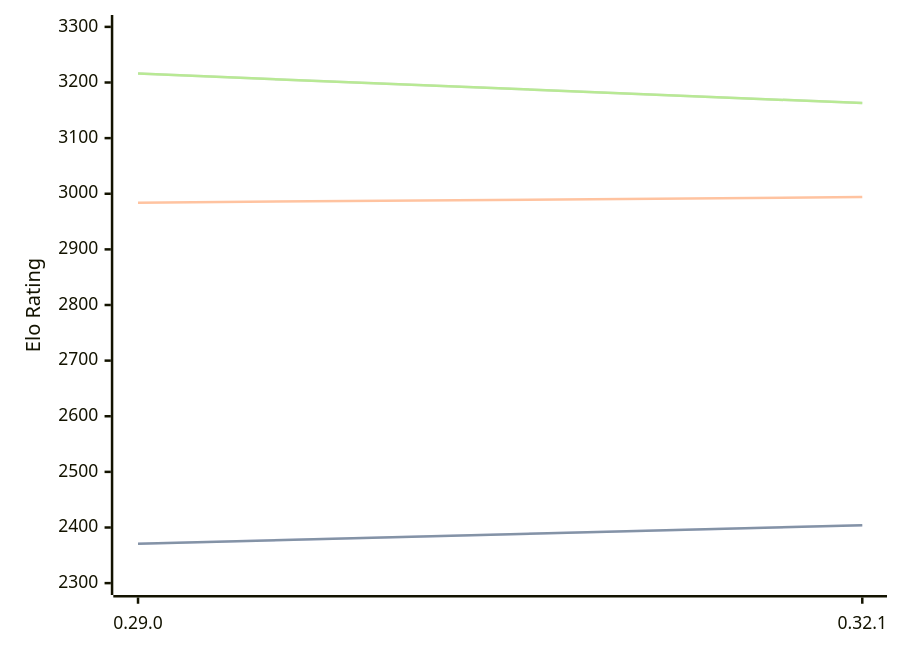
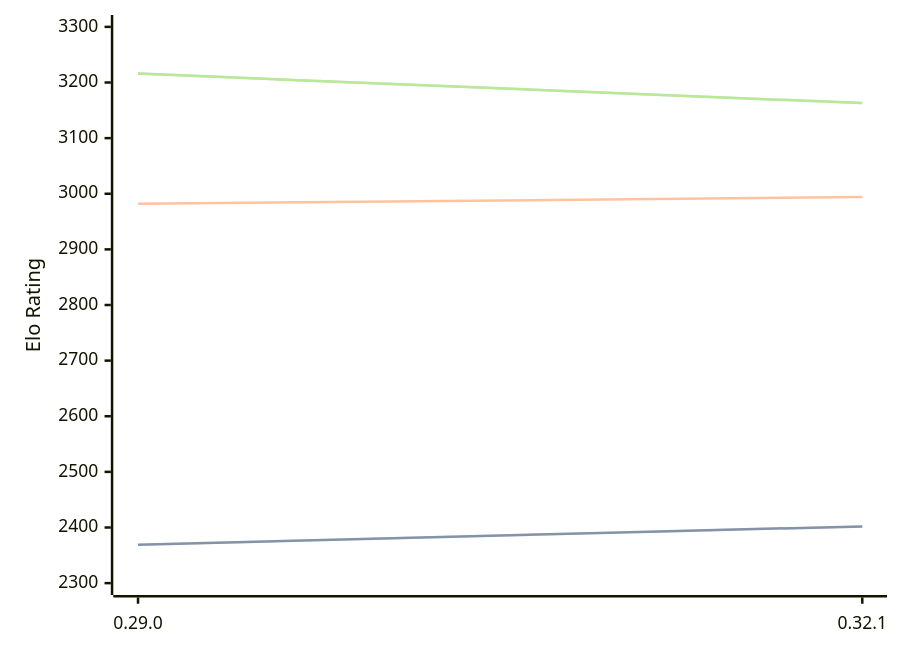
Before and after one commit to computer-chess-index/cci: the first of 3 diagrams in engines/Lc0.md, drawn with Mermaid. The commit also changed other lines of this file, not shown here.

````diff
--- a/engines/Lc0.md
+++ b/engines/Lc0.md
@@ -68,11 +68,11 @@
 ```mermaid
 %%{init: {"theme":"base","themeVariables":{"seriesColors:['#a3a3a3','#222221','#faa371']}}}%%
 xychart-beta
   x-axis ["0.29.0", "0.32.1"]
   y-axis "Elo Rating" 2300 --> 3300
-  line "STC (8.0+0.08s)" [2371, 2404]
-  line "STC (8.0+0.08s)" [2371, 2404]
-  line "LTC (60.0+0.60s)" [2984, 2994]
+  line "STC (8.0+0.08s)" [2369, 2402]
+  line "STC (8.0+0.08s)" [2369, 2402]
+  line "LTC (60.0+0.60s)" [2982, 2994]
   line "VLTC (2m24s+1.12s)" [3216, 3163]
   line "VLTC (2m24s+1.12s)" [3216, 3163]
 ```
````
